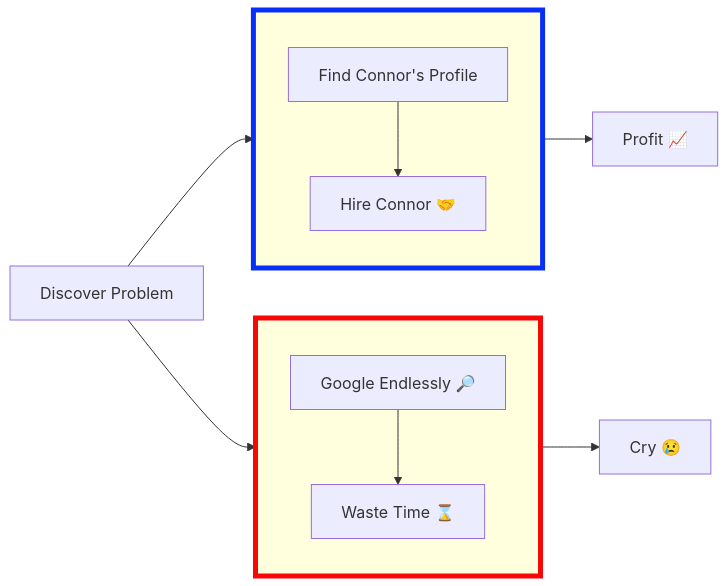
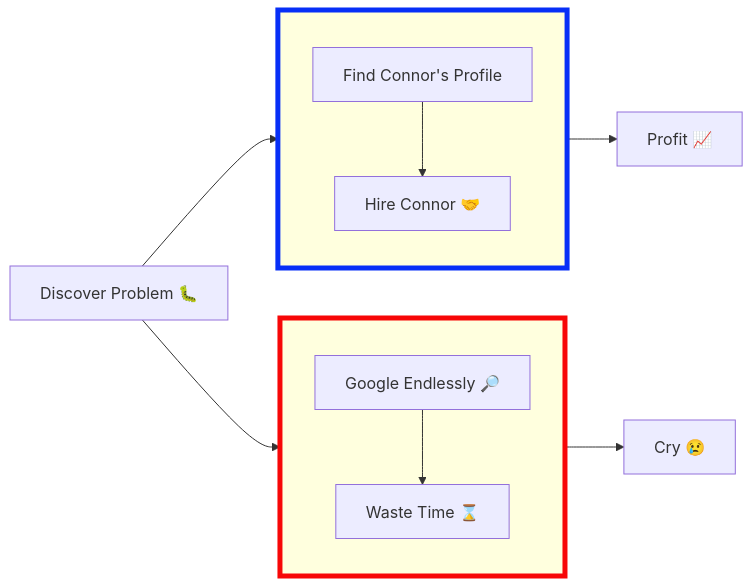
The diagram in README.md (Connor9994/Connor9994), drawn with Mermaid before and after one commit.

````diff
--- a/README.md
+++ b/README.md
@@ -50,26 +50,26 @@
 ```mermaid
 flowchart LR
     direction LR
     subgraph 1[" "]
         direction TB
         top1[Find Connor's Profile] --> bottom1[Hire Connor 🤝]
     end
     subgraph 2[" "]
         direction TB
         top2[Google Endlessly 🔎] --> bottom2[Waste Time ⌛]
     end
 
     %% Link to subgraph1
-    3[Discover Problem] --> 1
+    3[Discover Problem 🐛] --> 1
 
     %% Link within subgraph2
-    3[Discover Problem] --> 2
+    3[Discover Problem 🐛] --> 2
 
     1 --> outside1["Profit" 📈]
     2 --> outside2["Cry" 😢]
 
     click top1 "https://www.linkedin.com/in/connor-kaiser-6a335a316/" "LinkedIn"
 
     style 1 stroke:#072ff7,stroke-width:5px
     style 2 stroke:#f70707,stroke-width:5px
 ```
````
